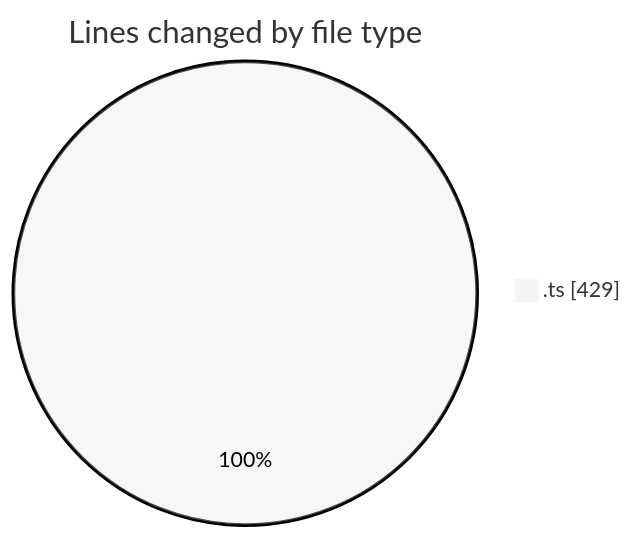
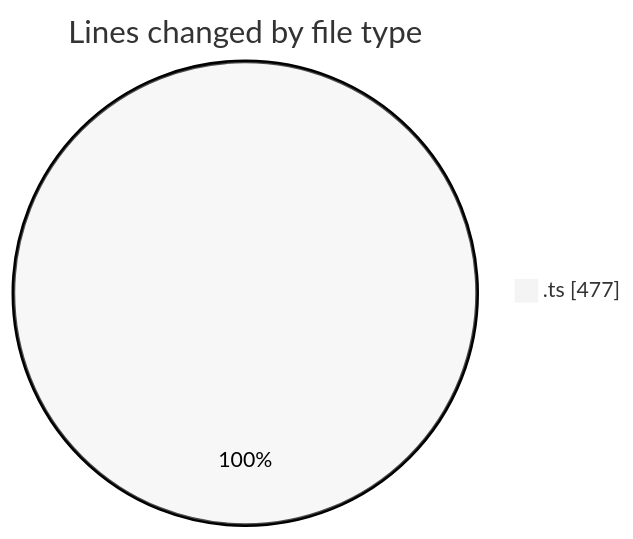
Before and after one commit to momahboobian/code-tracking: the first of 2 diagrams in 2025-06-26/cda/README.md, drawn with Mermaid (neutral theme). The commit also changed other lines of this file and 1 other file, not shown here.

````diff
--- a/2025-06-26/cda/README.md
+++ b/2025-06-26/cda/README.md
@@ -20,5 +20,5 @@
 ```mermaid
 pie showData
 title Lines changed by file type
-".ts" : 429
+".ts" : 477
 ```
````
